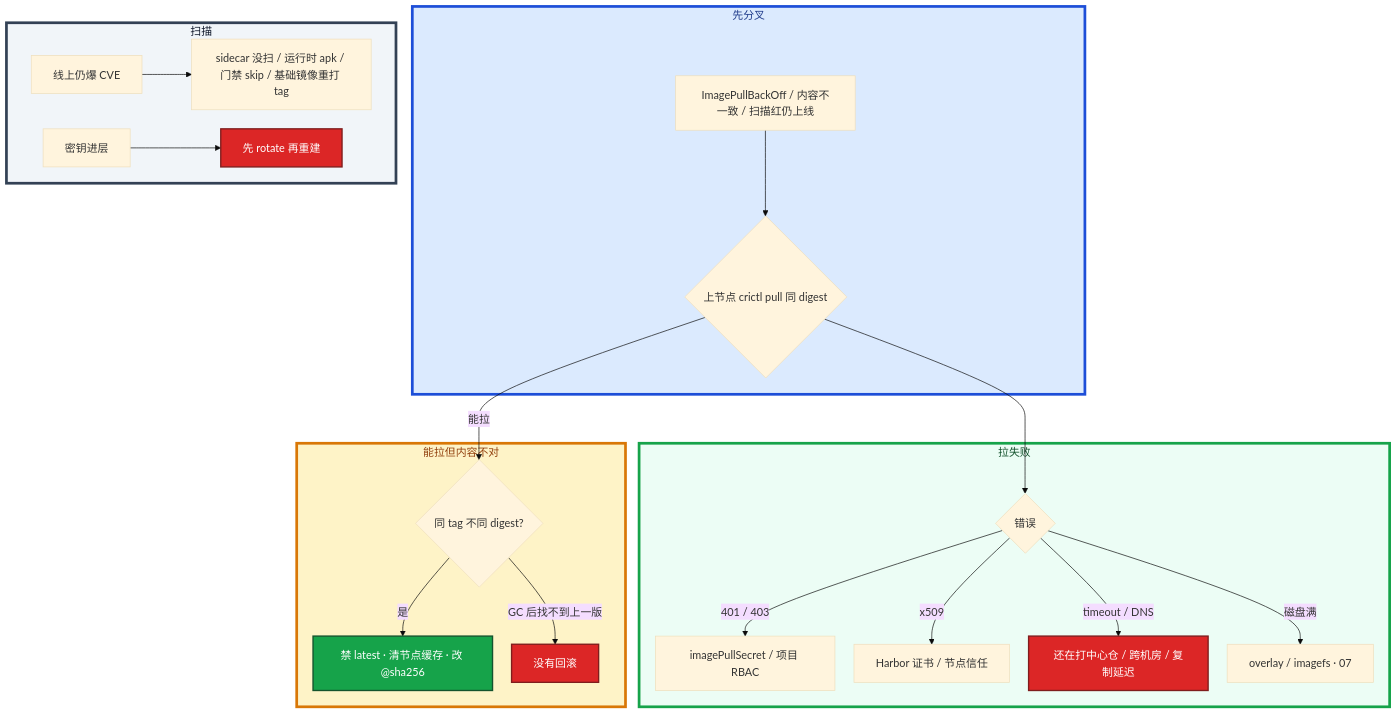
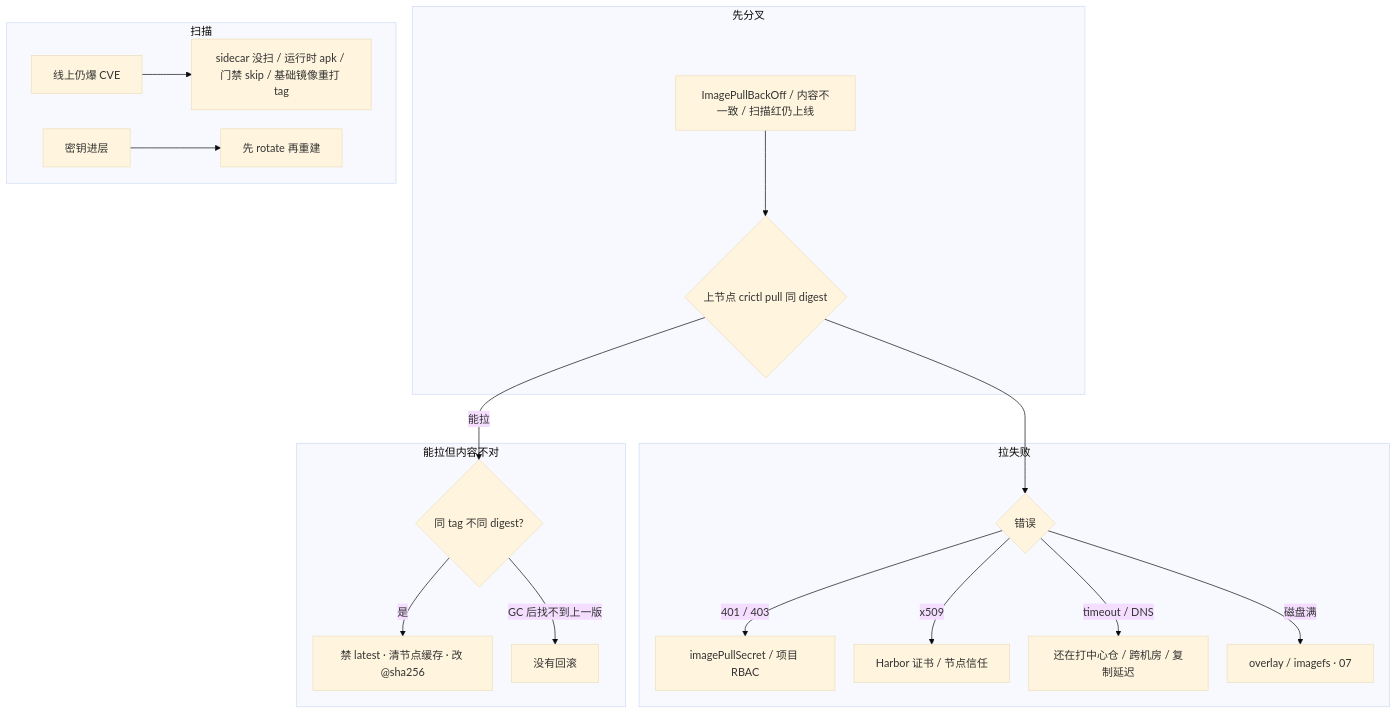
One commit to ml-cuizijun/LearnToLilith changed the sixth of 6 diagrams in 04-工程化与自动化/03-制品与镜像/知识点.md. Above: the diagram before and after it, drawn with Mermaid. The commit also changed other lines of this file and 470 other files, not shown here.

````diff
--- a/04-工程化与自动化/03-制品与镜像/知识点.md
+++ b/04-工程化与自动化/03-制品与镜像/知识点.md
@@ -535,36 +517,30 @@
 ```mermaid
 %%{init: {"flowchart": {"padding": 16, "nodeSpacing": 28, "rankSpacing": 48}, "theme": "base"}}%%
 flowchart TB
     subgraph gate ["先分叉"]
         A[ImagePullBackOff / 内容不一致 / 扫描红仍上线] --> B{上节点 crictl pull 同 digest}
     end
 
     subgraph pull ["拉失败"]
         B --> C{错误}
         C -->|401 / 403| D[imagePullSecret / 项目 RBAC]
         C -->|x509| E[Harbor 证书 / 节点信任]
         C -->|timeout / DNS| F[还在打中心仓 / 跨机房 / 复制延迟]
         C -->|磁盘满| G[overlay / imagefs · 07]
     end
 
     subgraph content ["能拉但内容不对"]
         B -->|能拉| H{同 tag 不同 digest?}
         H -->|是| I[禁 latest · 清节点缓存 · 改 @sha256]
         H -->|GC 后找不到上一版| J[没有回滚]
     end
 
     subgraph scan ["扫描"]
         K[线上仍爆 CVE] --> L[sidecar 没扫 / 运行时 apk / 门禁 skip / 基础镜像重打 tag]
         M[密钥进层] --> N[先 rotate 再重建]
     end
 
-    classDef bad fill:#DC2626,stroke:#7F1D1D,stroke-width:2px,color:#fff
-    classDef ok fill:#16A34A,stroke:#14532D,stroke-width:2px,color:#fff
     class F,J,N bad
     class I ok
 
-    style gate fill:#DBEAFE,stroke:#1D4ED8,stroke-width:4px,color:#1E3A8A
-    style pull fill:#ECFDF5,stroke:#16A34A,stroke-width:4px,color:#14532D
-    style content fill:#FEF3C7,stroke:#D97706,stroke-width:4px,color:#92400E
-    style scan fill:#F1F5F9,stroke:#334155,stroke-width:4px,color:#0F172A
 ```
````
